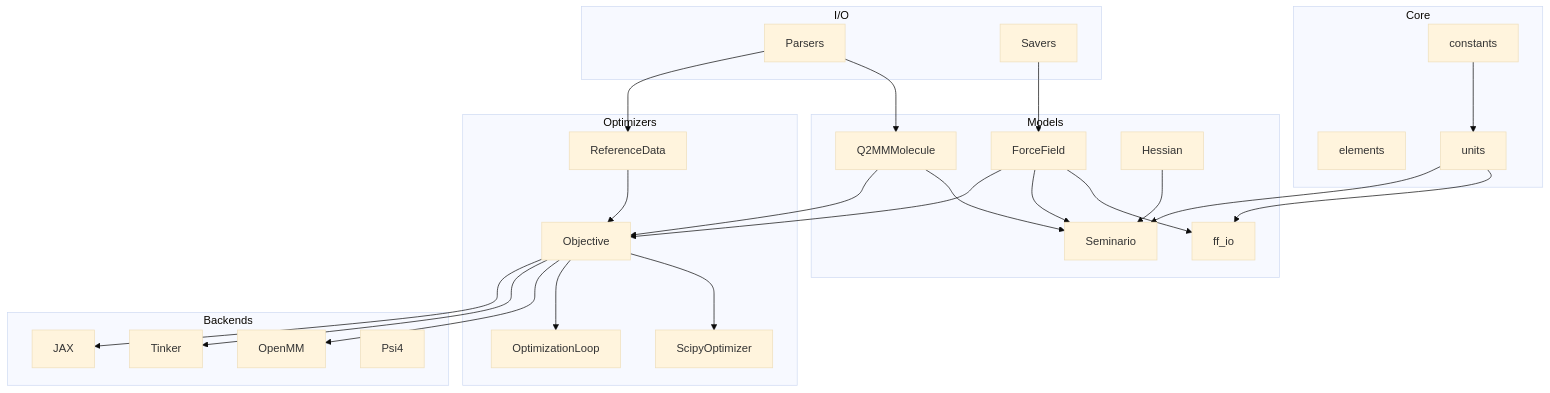
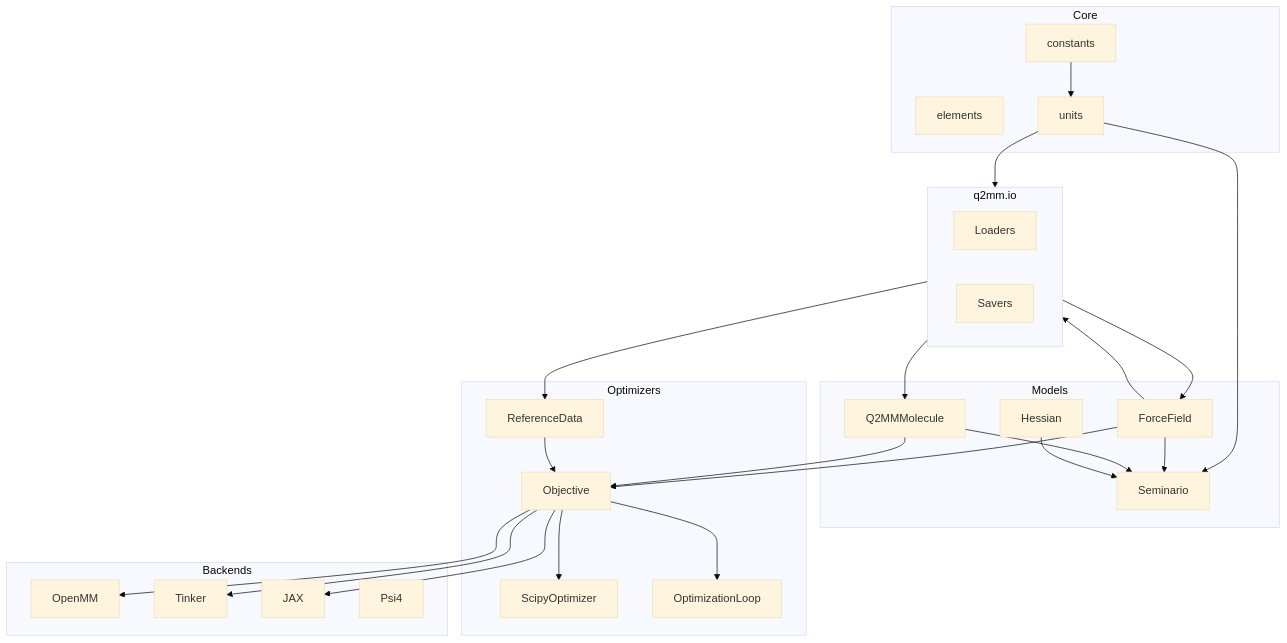
The second of 2 diagrams in docs/how-it-works/architecture.md (ericchansen/q2mm), drawn with Mermaid (base theme) before and after one commit. The commit also changed other lines of this file and 52 other files, not shown here.

````diff
--- a/docs/how-it-works/architecture.md
+++ b/docs/how-it-works/architecture.md
@@ -150,57 +155,56 @@
 ```mermaid
 flowchart TD
     subgraph Core["Core"]
         constants[constants]
         elements[elements]
         units[units]
     end
 
     subgraph Models["Models"]
         ff[ForceField]
         mol[Q2MMMolecule]
         hess[Hessian]
-        ffio[ff_io]
         sem[Seminario]
     end
 
     subgraph Opt["Optimizers"]
         obj[Objective]
         ref[ReferenceData]
         scipy[ScipyOptimizer]
         cycling[OptimizationLoop]
     end
 
     subgraph Engines["Backends"]
         omm[OpenMM]
         tk[Tinker]
         jax[JAX]
         psi4[Psi4]
     end
 
-    subgraph IO["I/O"]
-        parsers[Parsers]
+    subgraph IO["q2mm.io"]
+        loaders[Loaders]
         savers[Savers]
     end
 
     constants --> units
-    units --> ffio
+    units --> IO
     units --> sem
-    ff --> ffio
+    ff --> IO
     ff --> sem
     mol --> sem
     hess --> sem
 
     ff --> obj
     ref --> obj
     mol --> obj
     obj --> scipy
     obj --> cycling
 
     obj --> omm
     obj --> tk
     obj --> jax
 
-    parsers --> mol
-    parsers --> ref
-    savers --> ff
+    IO --> mol
+    IO --> ref
+    IO --> ff
 ```
````
